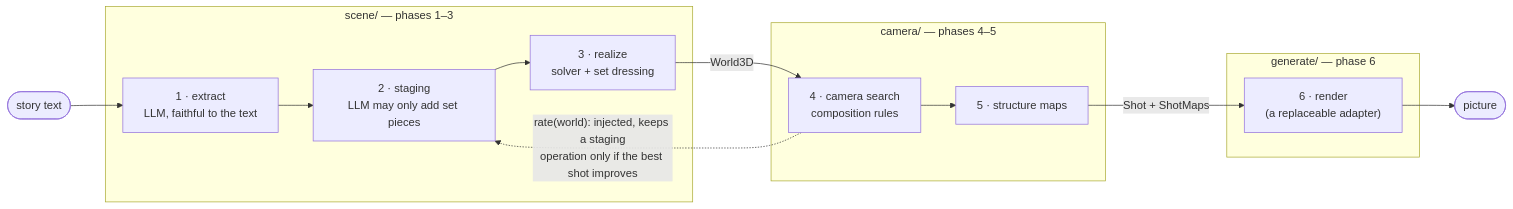
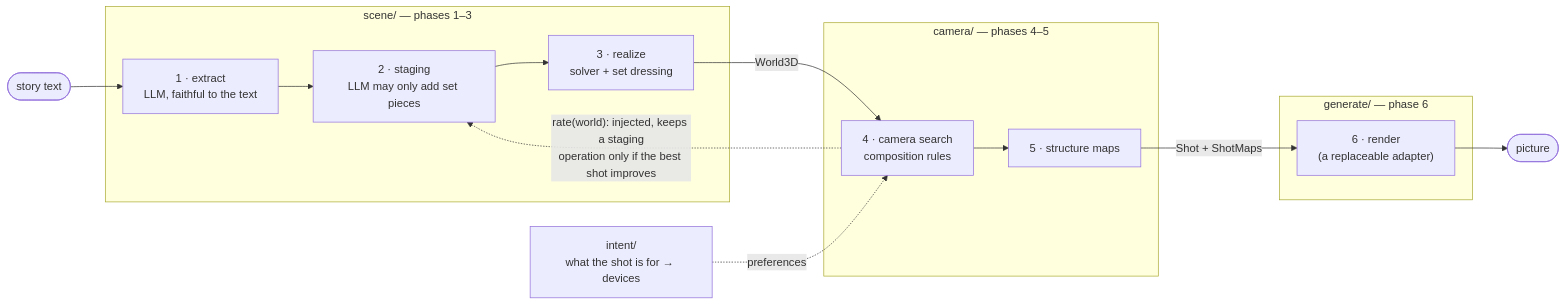
The first of 2 diagrams in README.md (TaihouKai/FrameSeeker), drawn with Mermaid before and after one commit. The commit also changed other lines of this file and 21 other files, not shown here.

````diff
--- a/README.md
+++ b/README.md
@@ -49,18 +86,20 @@
 ```mermaid
 flowchart LR
   T([story text]) --> P1
   subgraph scene["scene/ — phases 1–3"]
     P1["1 · extract<br/>LLM, faithful to the text"] --> P2["2 · staging<br/>LLM may only add set pieces"]
     P2 --> P3["3 · realize<br/>solver + set dressing"]
   end
   subgraph camera["camera/ — phases 4–5"]
     P4["4 · camera search<br/>composition rules"] --> P5["5 · structure maps"]
   end
   subgraph generate["generate/ — phase 6"]
     P6["6 · render<br/>(a replaceable adapter)"]
   end
+  INT["intent/<br/>what the shot is for → devices"]
   P3 -- "World3D" --> P4
+  INT -. "preferences" .-> P4
   P5 -- "Shot + ShotMaps" --> P6
   P6 --> I([picture])
   P4 -. "rate(world): injected, keeps a staging<br/>operation only if the best shot improves" .-> P2
 ```
````
